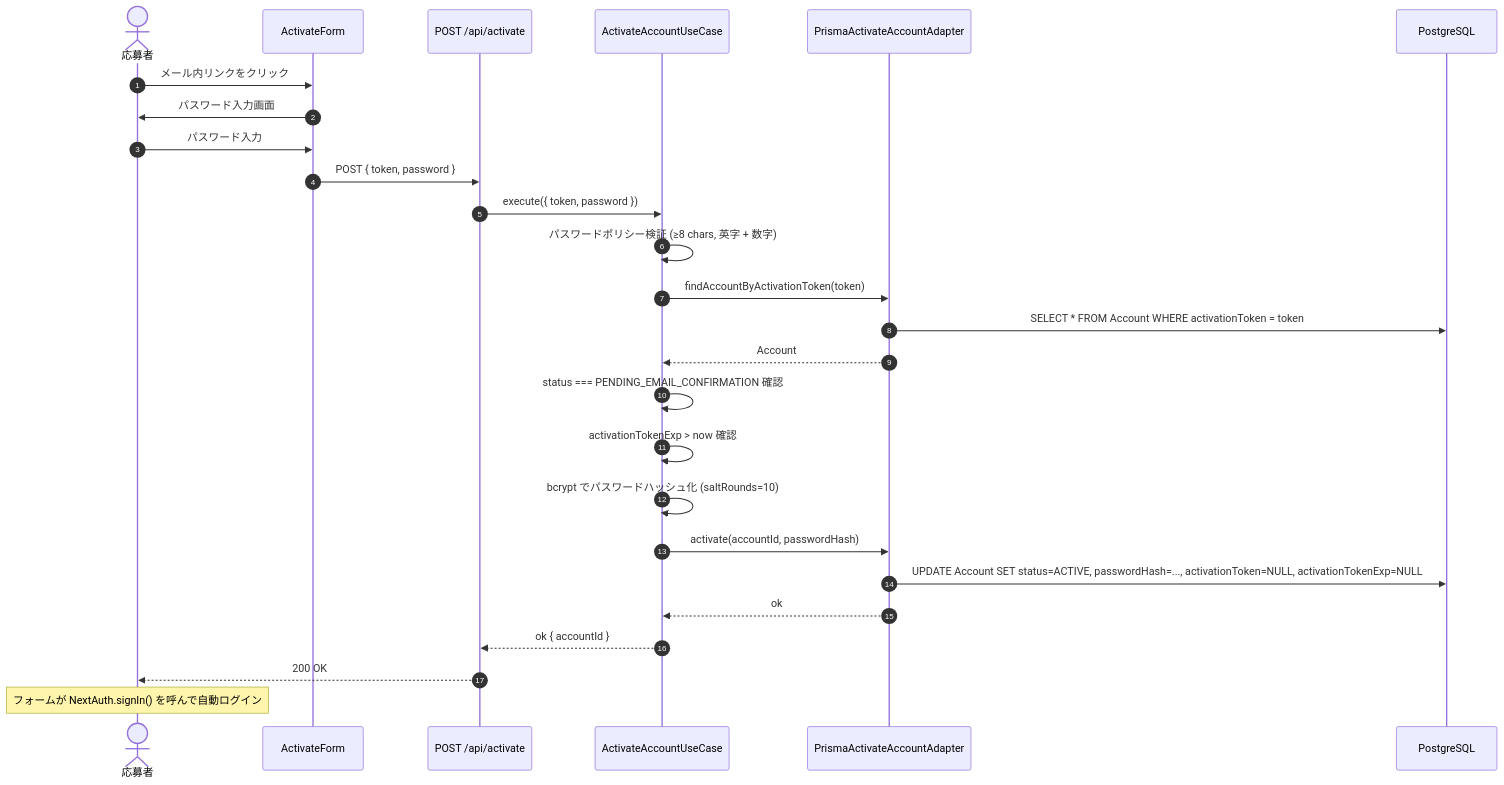
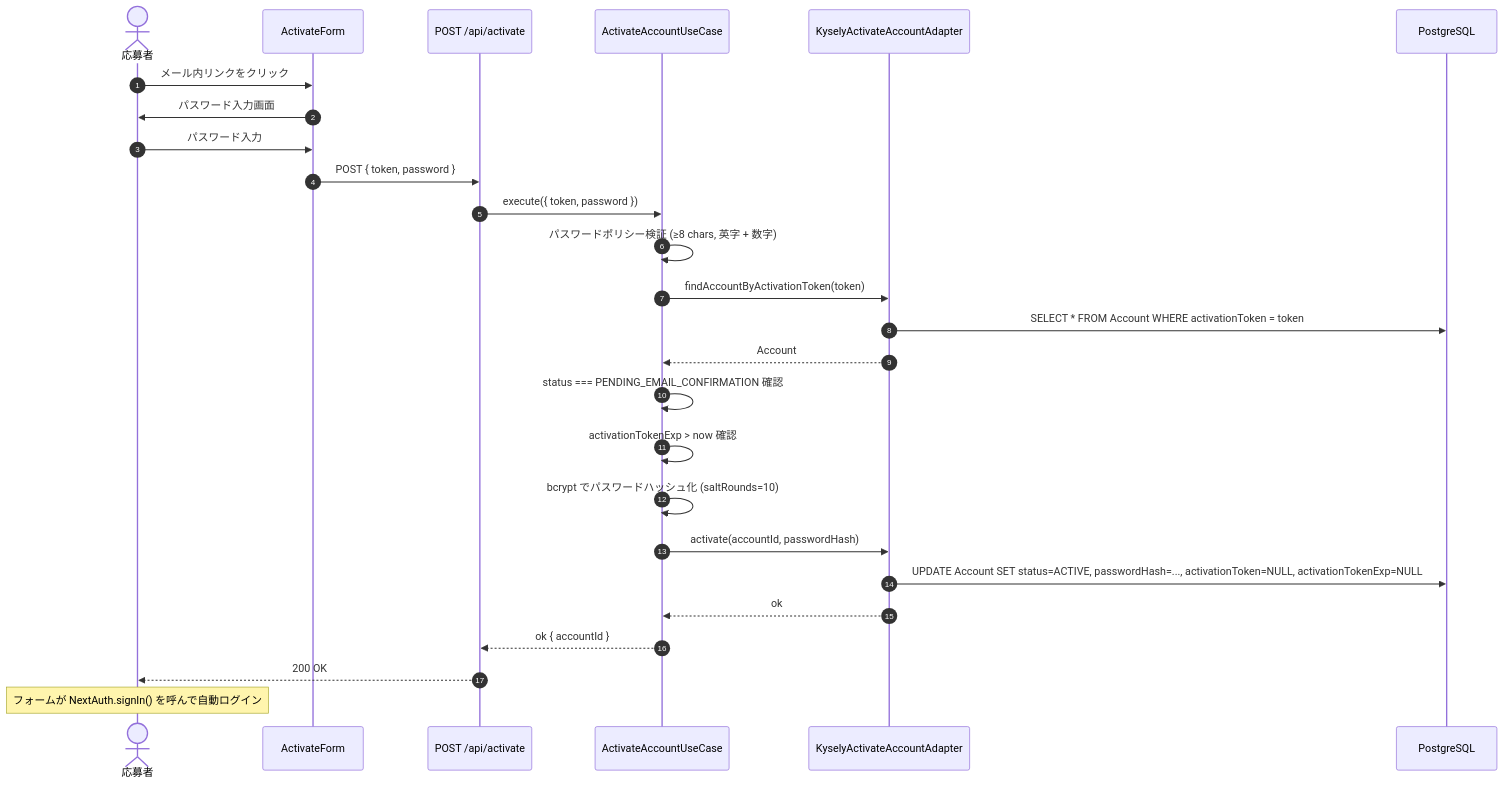
Before and after one commit to Physicalfunding/PhysiFun: the second of 3 diagrams in docs/specs/05_key-flows/leader-application.md, drawn with Mermaid. The commit also changed other lines of this file and 27 other files, not shown here.

````diff
--- a/docs/specs/05_key-flows/leader-application.md
+++ b/docs/specs/05_key-flows/leader-application.md
@@ -70,29 +70,29 @@
 ```mermaid
 sequenceDiagram
     autonumber
     actor User as 応募者
     participant Form as ActivateForm
     participant API as POST /api/activate
     participant UC as ActivateAccountUseCase
-    participant Adapter as PrismaActivateAccountAdapter
+    participant Adapter as KyselyActivateAccountAdapter
     participant DB as PostgreSQL
 
     User->>Form: メール内リンクをクリック
     Form->>User: パスワード入力画面
     User->>Form: パスワード入力
     Form->>API: POST { token, password }
     API->>UC: execute({ token, password })
     UC->>UC: パスワードポリシー検証 (≥8 chars, 英字 + 数字)
     UC->>Adapter: findAccountByActivationToken(token)
     Adapter->>DB: SELECT * FROM Account WHERE activationToken = token
     Adapter-->>UC: Account
     UC->>UC: status === PENDING_EMAIL_CONFIRMATION 確認
     UC->>UC: activationTokenExp > now 確認
     UC->>UC: bcrypt でパスワードハッシュ化 (saltRounds=10)
     UC->>Adapter: activate(accountId, passwordHash)
     Adapter->>DB: UPDATE Account SET status=ACTIVE, passwordHash=..., activationToken=NULL, activationTokenExp=NULL
     Adapter-->>UC: ok
     UC-->>API: ok { accountId }
     API-->>User: 200 OK
     Note over User: フォームが NextAuth.signIn() を呼んで自動ログイン
 ```
````
